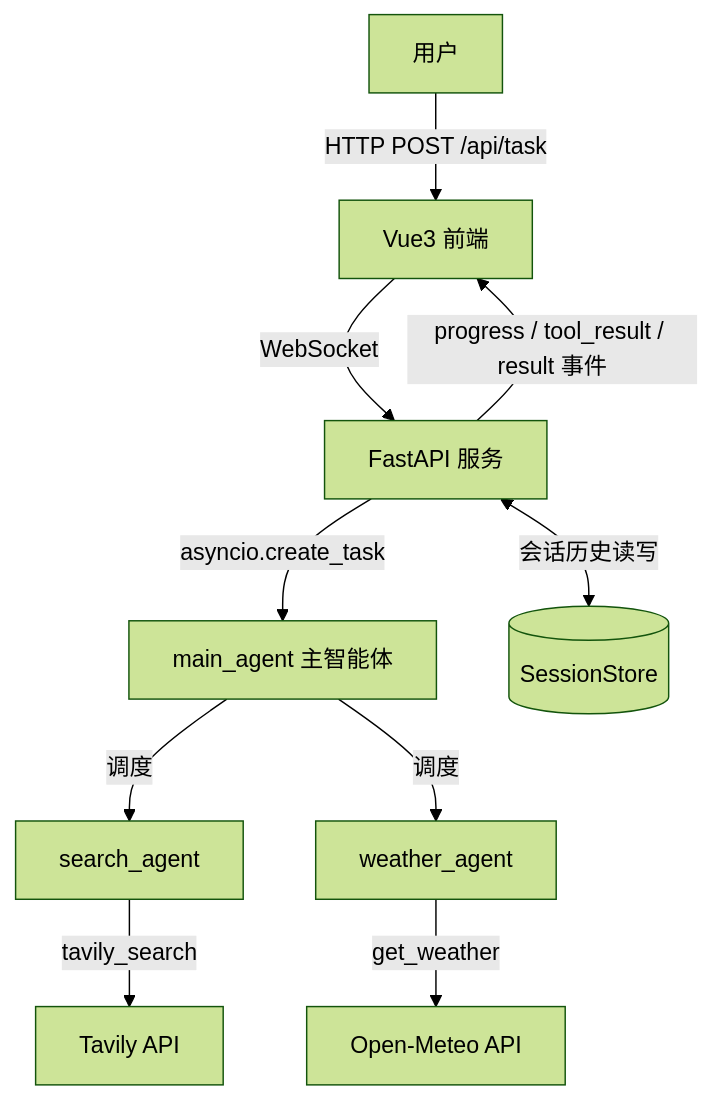
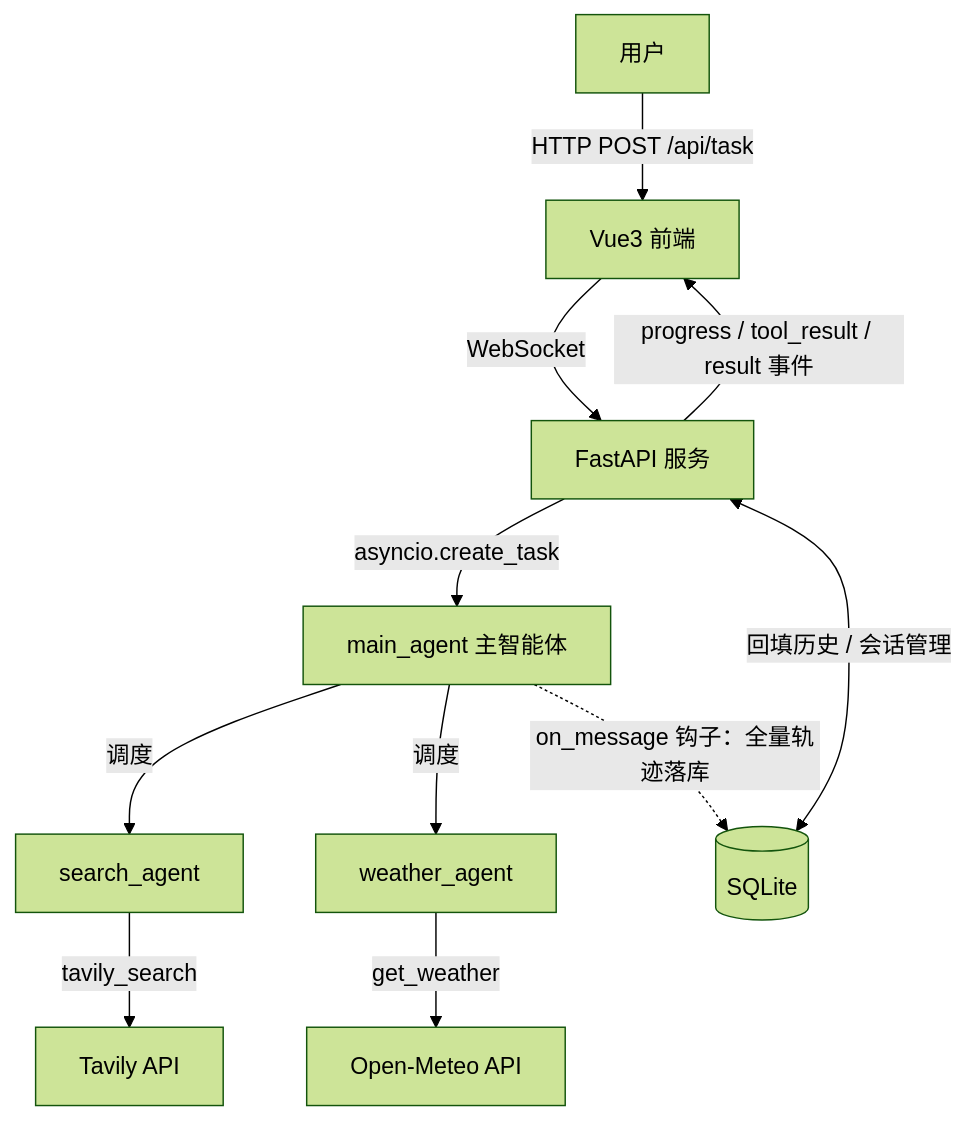
One commit to cxyzk/MultiAgent-Search changed the diagram in README.md. Above: the diagram before and after it, drawn with Mermaid (forest theme). The commit also changed other lines of this file and 1 other file, not shown here.

Commit message:
docs: update readme with session persistence and API reference

````diff
--- a/README.md
+++ b/README.md
@@ -21,12 +23,13 @@
 ```mermaid
 graph TB
     U[用户] -->|HTTP POST /api/task| FE[Vue3 前端]
     FE -->|WebSocket| API[FastAPI 服务]
     API -->|asyncio.create_task| MA[main_agent 主智能体]
     MA -->|调度| SA[search_agent]
     MA -->|调度| WA[weather_agent]
     SA -->|tavily_search| TV[Tavily API]
     WA -->|get_weather| OM[Open-Meteo API]
-    API <-->|会话历史读写| SS[(SessionStore)]
+    API <-->|回填历史 / 会话管理| DB[(SQLite)]
+    MA -.->|on_message 钩子：全量轨迹落库| DB
     API -->|progress / tool_result / result 事件| FE
 ```
````
